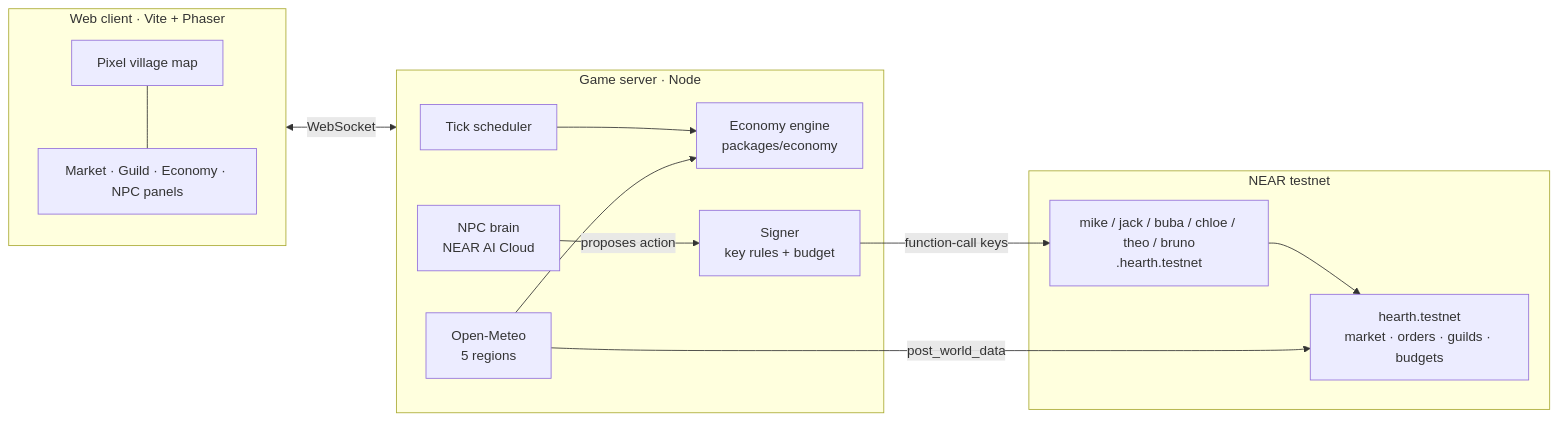
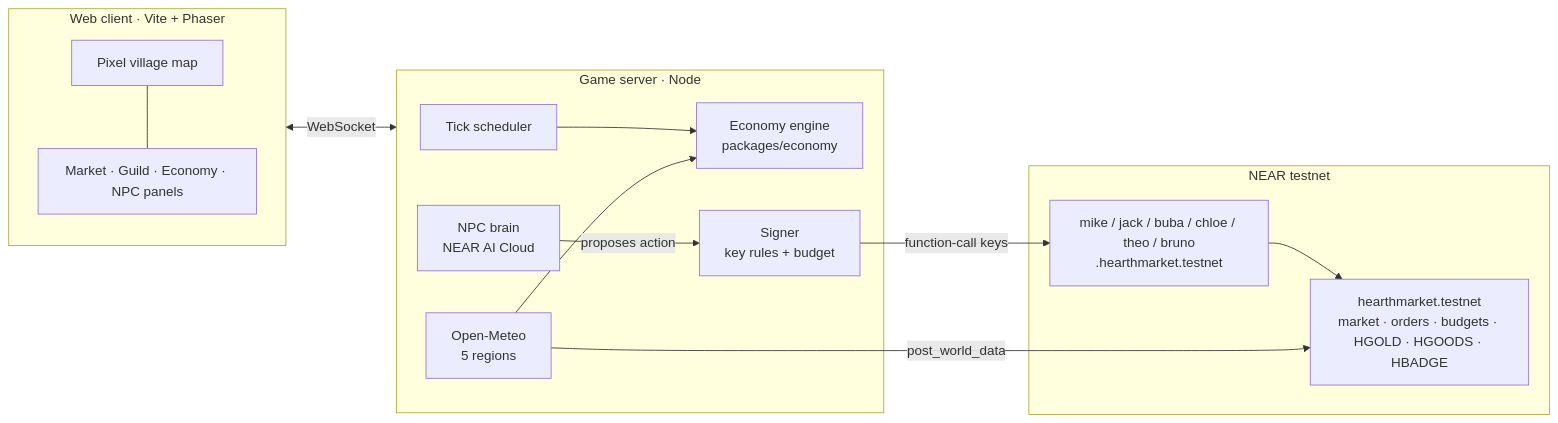
Before and after one commit to nguyenkhangph/hearthmarket: the diagram in README.md, drawn with Mermaid. The commit also changed 16 other files, not shown here.

First line of the commit message:
Haggle a sale with an NPC: the agreed price settles on chain; live account names (hearthmarket.testnet) as defaults

````diff
--- a/README.md
+++ b/README.md
@@ -95,18 +95,18 @@
 ```mermaid
 flowchart LR
   subgraph Client [Web client · Vite + Phaser]
     Map[Pixel village map] --- UI[Market · Guild · Economy · NPC panels]
   end
   subgraph Server [Game server · Node]
     Clock[Tick scheduler] --> Engine[Economy engine<br/>packages/economy]
     Brain[NPC brain<br/>NEAR AI Cloud] -->|proposes action| Signer[Signer<br/>key rules + budget]
     World[Open-Meteo<br/>5 regions] --> Engine
   end
   subgraph NEAR [NEAR testnet]
-    Contract[hearth.testnet<br/>market · orders · guilds · budgets]
-    NPCs[mike / jack / buba / chloe / theo / bruno<br/>.hearth.testnet]
+    Contract[hearthmarket.testnet<br/>market · orders · budgets · HGOLD · HGOODS · HBADGE]
+    NPCs[mike / jack / buba / chloe / theo / bruno<br/>.hearthmarket.testnet]
   end
   Client <-->|WebSocket| Server
   Signer -->|function-call keys| NPCs --> Contract
   World -->|post_world_data| Contract
 ```
````
